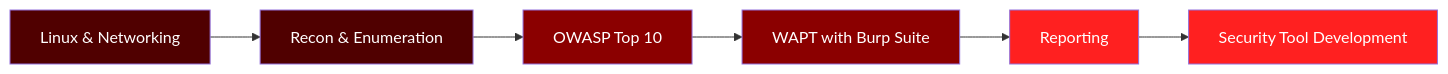
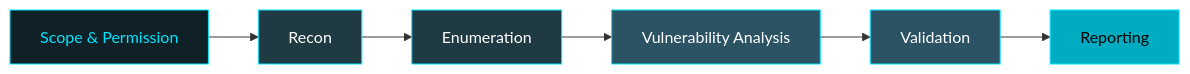
Before and after one commit to GhostMaskR/GhostMaskR-: the diagram in README.md, drawn with Mermaid. The commit also changed other lines of this file, not shown here.

````diff
--- a/README.md
+++ b/README.md
@@ -102,14 +60,14 @@
 ```mermaid
 flowchart LR
-    A[Linux & Networking] --> B[Recon & Enumeration]
-    B --> C[OWASP Top 10]
-    C --> D[WAPT with Burp Suite]
-    D --> E[Reporting]
-    E --> F[Security Tool Development]
-    style A fill:#500000,color:#fff
-    style B fill:#500000,color:#fff
-    style C fill:#8B0000,color:#fff
-    style D fill:#8B0000,color:#fff
-    style E fill:#FF2020,color:#fff
-    style F fill:#FF2020,color:#fff
+    A[Scope & Permission] --> B[Recon]
+    B --> C[Enumeration]
+    C --> D[Vulnerability Analysis]
+    D --> E[Validation]
+    E --> F[Reporting]
+    style A fill:#0F2027,color:#00E5FF,stroke:#00E5FF
+    style B fill:#203A43,color:#fff,stroke:#00E5FF
+    style C fill:#203A43,color:#fff,stroke:#00E5FF
+    style D fill:#2C5364,color:#fff,stroke:#00E5FF
+    style E fill:#2C5364,color:#fff,stroke:#00E5FF
+    style F fill:#00ACC1,color:#000,stroke:#00E5FF
 ```
````
